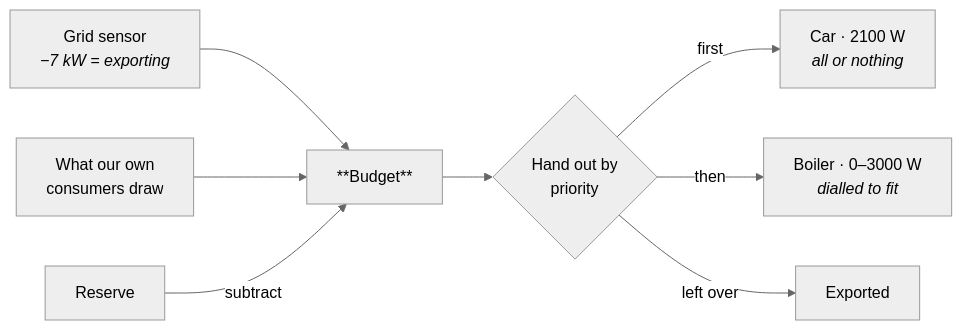
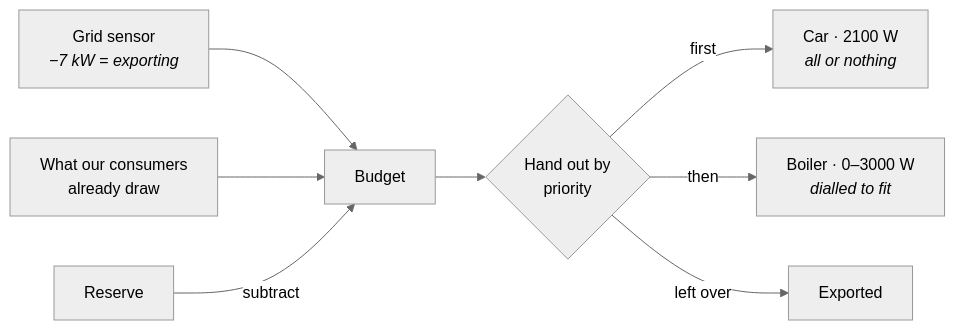
Before and after one commit to brtwrs/solar-router: the diagram in README.md, drawn with Mermaid (neutral theme). The commit also changed other lines of this file, not shown here.

````diff
--- a/README.md
+++ b/README.md
@@ -24,10 +24,10 @@
 ```mermaid
 flowchart LR
     G["Grid sensor<br/><i>−7 kW = exporting</i>"] --> B
-    D["What our own<br/>consumers draw"] --> B
+    D["What our consumers<br/>already draw"] --> B
     R["Reserve"] -->|subtract| B
-    B["**Budget**"] --> A{"Hand out by<br/>priority"}
+    B["Budget"] --> A{"Hand out by<br/>priority"}
     A -->|"first"| C1["Car · 2100 W<br/><i>all or nothing</i>"]
     A -->|"then"| C2["Boiler · 0–3000 W<br/><i>dialled to fit</i>"]
     A -->|"left over"| E["Exported"]
 ```
````
